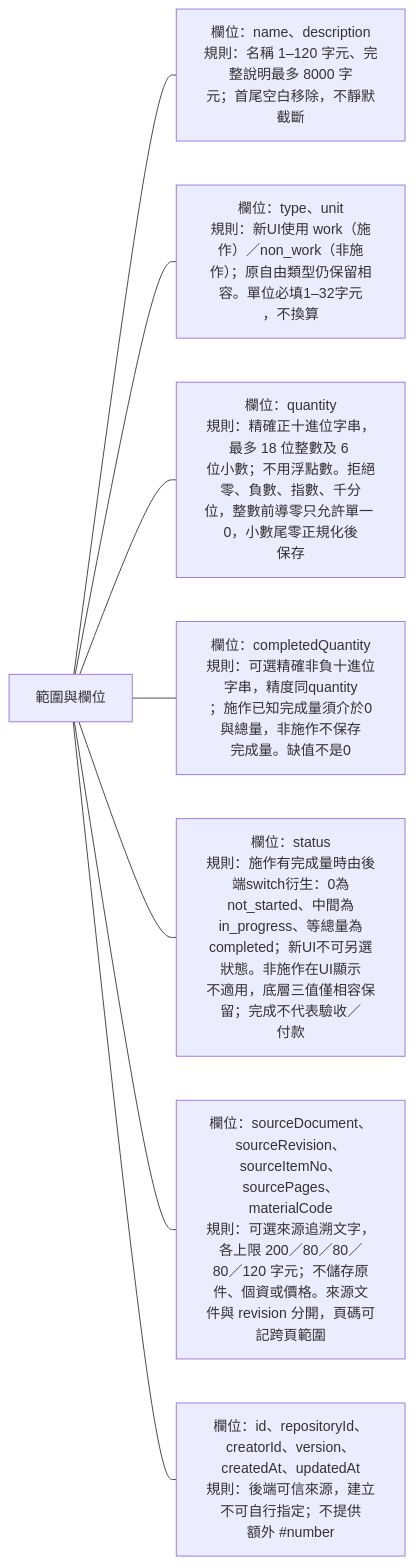
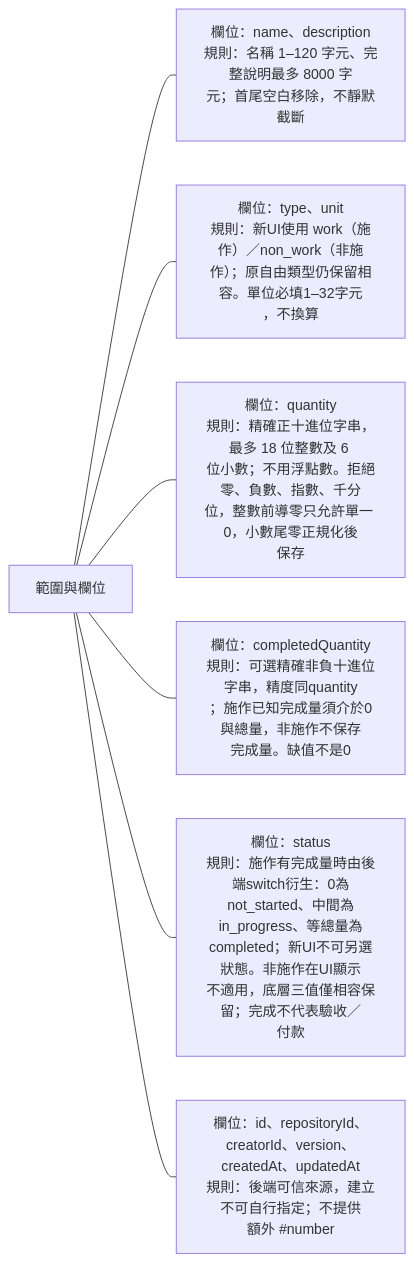
The third of 8 diagrams in docs/domains/object/design.md (963sup/line-mini-app-bot), drawn with Mermaid before and after one commit. The commit also changed other lines of this file and 100 other files, not shown here.

````diff
--- a/docs/domains/object/design.md
+++ b/docs/domains/object/design.md
@@ -19,11 +19,10 @@
 ```mermaid
 flowchart LR
   h["範圍與欄位"]
   h --- n0["欄位：name、description<br/>規則：名稱 1–120 字元、完整說明最多 8000 字<br/>元；首尾空白移除，不靜默截斷"]
   h --- n1["欄位：type、unit<br/>規則：新UI使用 work（施作）／non_work（非施<br/>作）；原自由類型仍保留相容。單位必填1–32字元<br/>，不換算"]
   h --- n2["欄位：quantity<br/>規則：精確正十進位字串，最多 18 位整數及 6 <br/>位小數；不用浮點數。拒絕零、負數、指數、千分<br/>位，整數前導零只允許單一 0，小數尾零正規化後<br/>保存"]
   h --- n3["欄位：completedQuantity<br/>規則：可選精確非負十進位字串，精度同quantity<br/>；施作已知完成量須介於0與總量，非施作不保存<br/>完成量。缺值不是0"]
   h --- n4["欄位：status<br/>規則：施作有完成量時由後端switch衍生：0為<br/>not_started、中間為in_progress、等總量為<br/>completed；新UI不可另選狀態。非施作在UI顯示<br/>不適用，底層三值僅相容保留；完成不代表驗收／<br/>付款"]
-  h --- n5["欄位：sourceDocument、sourceRevision、<br/>sourceItemNo、sourcePages、materialCode<br/>規則：可選來源追溯文字，各上限 200／80／80／<br/>80／120 字元；不儲存原件、個資或價格。來源文<br/>件與 revision 分開，頁碼可記跨頁範圍"]
   h --- n6["欄位：id、repositoryId、creatorId、version、<br/>createdAt、updatedAt<br/>規則：後端可信來源，建立不可自行指定；不提供<br/>額外 #number"]
 ```
````
